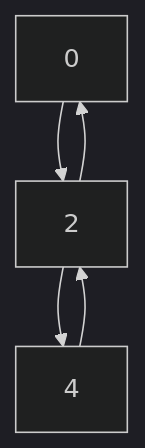
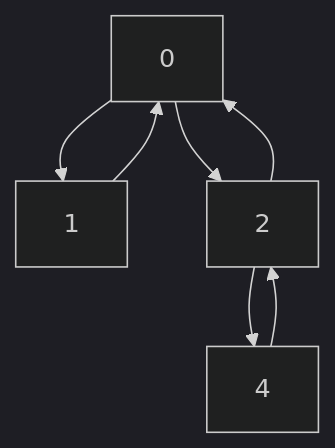
Before and after one commit to alkasher/Fibonacci_Heap: the second of 2 diagrams in README.md, drawn with Mermaid (dark theme).

````diff
--- a/README.md
+++ b/README.md
@@ -43,7 +43,10 @@
 ```mermaid
 flowchart TB
+direction LR
     0-->2
     2-->0
     2-->4
     4-->2
+0-->1
+1-->0
 ```
````
